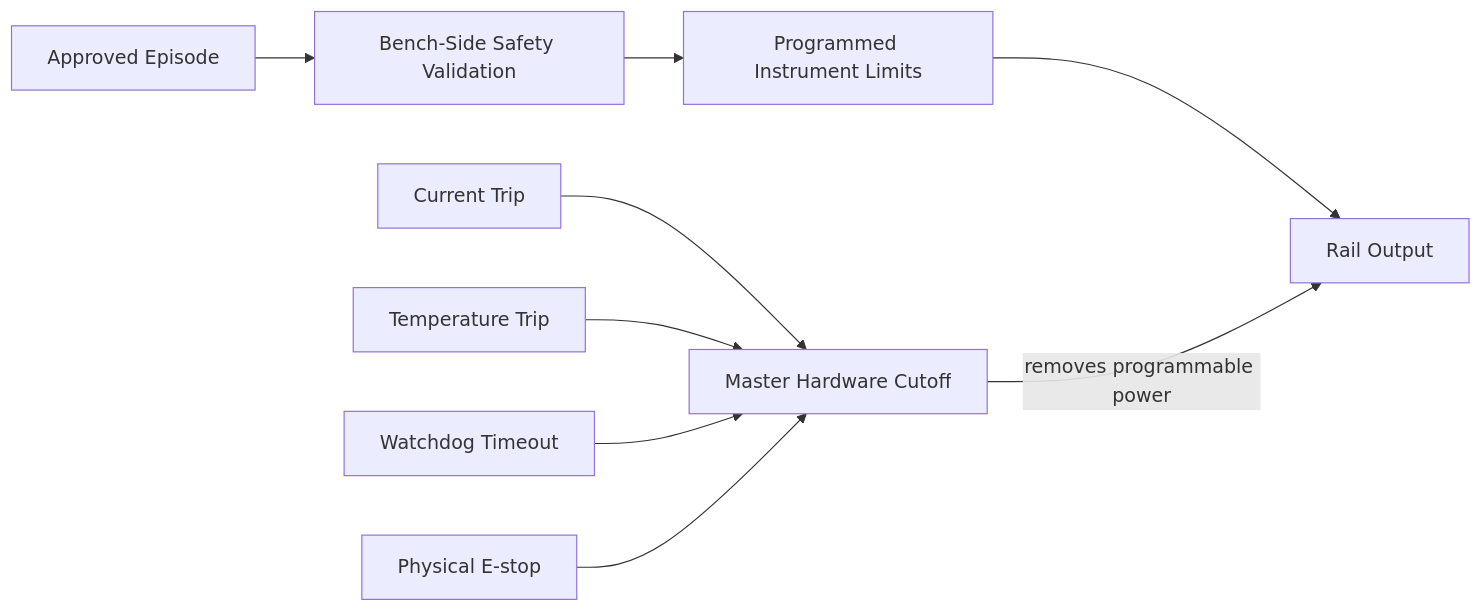
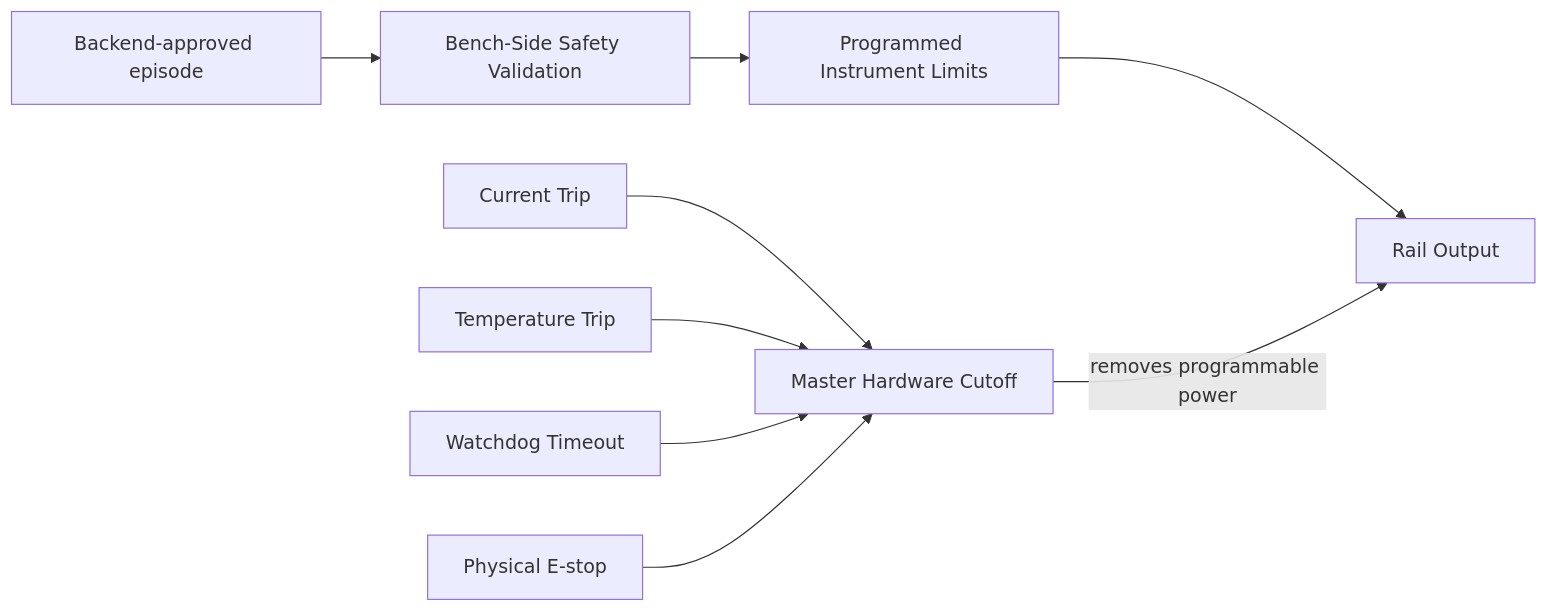
Before and after one commit to overclocked-2124/ChipCheck: the second of 2 diagrams in docs/02-activequal-hardware-architecture.md, drawn with Mermaid. The commit also changed other lines of this file, not shown here.

Commit message:
docs: clarify decision service bench boundary

````diff
--- a/docs/02-activequal-hardware-architecture.md
+++ b/docs/02-activequal-hardware-architecture.md
@@ -387,12 +389,12 @@
 ```mermaid
 flowchart LR
-    Candidate[Approved Episode] --> BenchCheck[Bench-Side Safety Validation]
+    BackendApproved[Backend-approved episode] --> BenchCheck[Bench-Side Safety Validation]
     BenchCheck --> InstrumentLimit[Programmed Instrument Limits]
     InstrumentLimit --> Output[Rail Output]
 
     Current[Current Trip] --> Cutoff[Master Hardware Cutoff]
     Temperature[Temperature Trip] --> Cutoff
     Watchdog[Watchdog Timeout] --> Cutoff
     EStop[Physical E-stop] --> Cutoff
     Cutoff -->|removes programmable power| Output
 ```
````
